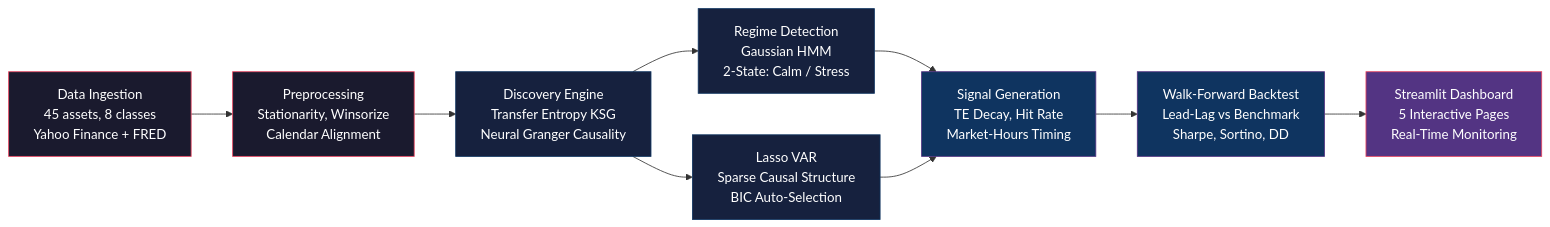
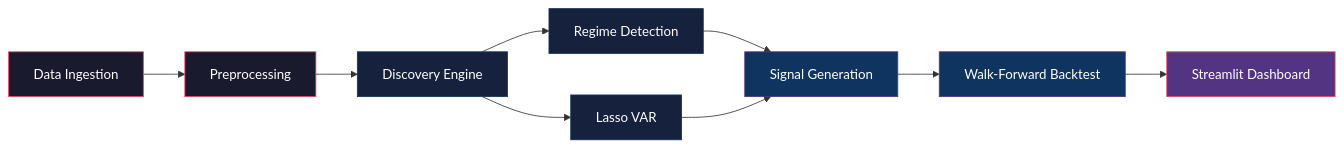
Before and after one commit to AndrewFSee/cross-asset-lead-lag: the first of 2 diagrams in README.md, drawn with Mermaid. The commit also changed other lines of this file, not shown here.

Commit message:
fix: simplify Mermaid nodes to single-line labels for GitHub compat

````diff
--- a/README.md
+++ b/README.md
@@ -34,20 +34,20 @@
 ```mermaid
 graph LR
-    A["Data Ingestion\n45 assets, 8 classes\nYahoo Finance + FRED"] --> B["Preprocessing\nStationarity, Winsorize\nCalendar Alignment"]
-    B --> C["Discovery Engine\nTransfer Entropy KSG\nNeural Granger Causality"]
-    C --> D["Regime Detection\nGaussian HMM\n2-State: Calm / Stress"]
-    C --> E["Lasso VAR\nSparse Causal Structure\nBIC Auto-Selection"]
-    D --> F["Signal Generation\nTE Decay, Hit Rate\nMarket-Hours Timing"]
+    A["Data Ingestion"] --> B["Preprocessing"]
+    B --> C["Discovery Engine"]
+    C --> D["Regime Detection"]
+    C --> E["Lasso VAR"]
+    D --> F["Signal Generation"]
     E --> F
-    F --> G["Walk-Forward Backtest\nLead-Lag vs Benchmark\nSharpe, Sortino, DD"]
-    G --> H["Streamlit Dashboard\n5 Interactive Pages\nReal-Time Monitoring"]
+    F --> G["Walk-Forward Backtest"]
+    G --> H["Streamlit Dashboard"]
 
     style A fill:#1a1a2e,stroke:#e94560,color:#fff
     style B fill:#1a1a2e,stroke:#e94560,color:#fff
     style C fill:#16213e,stroke:#0f3460,color:#fff
     style D fill:#16213e,stroke:#0f3460,color:#fff
     style E fill:#16213e,stroke:#0f3460,color:#fff
     style F fill:#0f3460,stroke:#533483,color:#fff
     style G fill:#0f3460,stroke:#533483,color:#fff
     style H fill:#533483,stroke:#e94560,color:#fff
 ```
````
